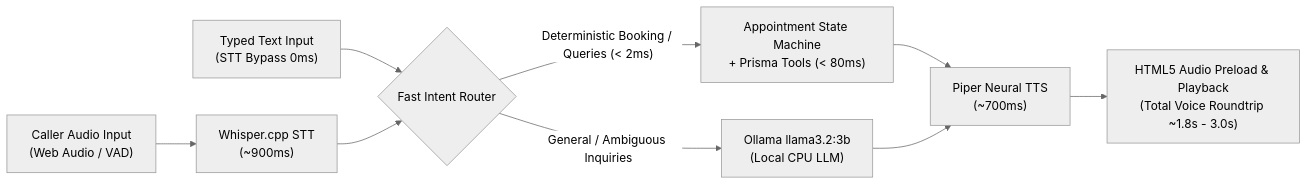
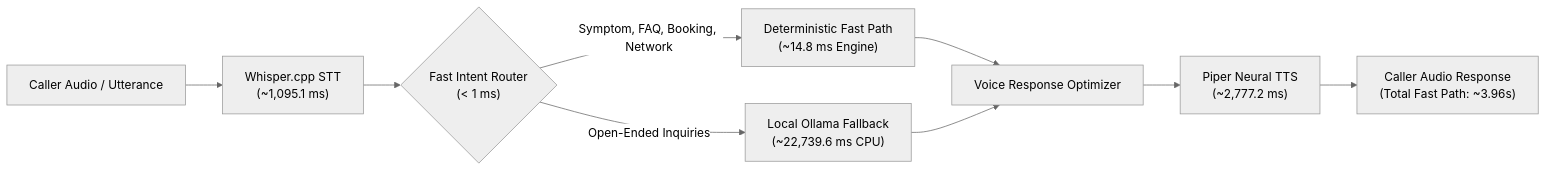
One commit to gowthxm07/AI-powered-receptionist-platform changed the second of 3 diagrams in README.md. Above: the diagram before and after it, drawn with Mermaid (neutral theme). The commit also changed other lines of this file, not shown here.

````diff
--- a/README.md
+++ b/README.md
@@ -157,13 +206,13 @@
 ```mermaid
 flowchart LR
-    A["Caller Audio Input<br/>(Web Audio / VAD)"] --> B["Whisper.cpp STT<br/>(~900ms)"]
-    T["Typed Text Input<br/>(STT Bypass 0ms)"] --> C{"Fast Intent Router"}
-    B --> C
+    CallerAudio["Caller Audio / Utterance"] --> STT["Whisper.cpp STT<br/>(~1,095.1 ms)"]
+    STT --> Router{"Fast Intent Router<br/>(< 1 ms)"}
+    
+    Router -->|"Symptom, FAQ, Booking, Network"| FastPath["Deterministic Fast Path<br/>(~14.8 ms Engine)"]
+    Router -->|"Open-Ended Inquiries"| LLMPath["Local Ollama Fallback<br/>(~22,739.6 ms CPU)"]
 
-    C -->|"Deterministic Booking / Queries (< 2ms)"| D["Appointment State Machine<br/>+ Prisma Tools (< 80ms)"]
-    C -->|"General / Ambiguous Inquiries"| E["Ollama llama3.2:3b<br/>(Local CPU LLM)"]
-
-    D --> F["Piper Neural TTS<br/>(~700ms)"]
-    E --> F
-    F --> G["HTML5 Audio Preload & Playback<br/>(Total Voice Roundtrip ~1.8s - 3.0s)"]
+    FastPath --> Optimizer["Voice Response Optimizer"]
+    LLMPath --> Optimizer
+    Optimizer --> TTS["Piper Neural TTS<br/>(~2,777.2 ms)"]
+    TTS --> AudioOut["Caller Audio Response<br/>(Total Fast Path: ~3.96s)"]
 ```
````
